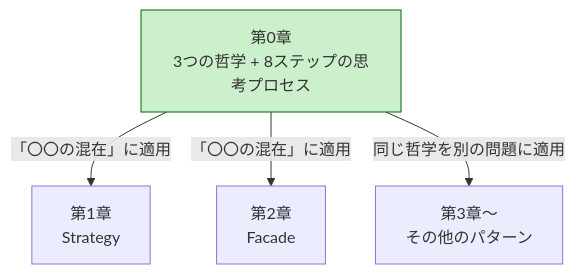
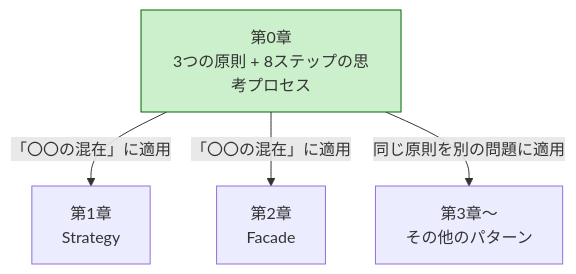
Before and after one commit to kumachan1101-pixel/DesignPattern: the first of 7 diagrams in kindle/design-patterns/templates/chapter0-template.md, drawn with Mermaid. The commit also changed other lines of this file and 23 other files, not shown here.

````diff
--- a/kindle/design-patterns/templates/chapter0-template.md
+++ b/kindle/design-patterns/templates/chapter0-template.md
@@ -26,13 +26,13 @@
 ```mermaid
 graph TD
-    A["第0章<br/>3つの哲学 + 8ステップの思考プロセス"]
+    A["第0章<br/>3つの原則 + 8ステップの思考プロセス"]
     B["第1章<br/>Strategy"]
     C["第2章<br/>Facade"]
     D["第3章〜<br/>その他のパターン"]
 
     A -->|「〇〇の混在」に適用| B
     A -->|「〇〇の混在」に適用| C
-    A -->|同じ哲学を別の問題に適用| D
+    A -->|同じ原則を別の問題に適用| D
 
     style A fill:#ccf0cc,stroke:#006600
 ```
````
